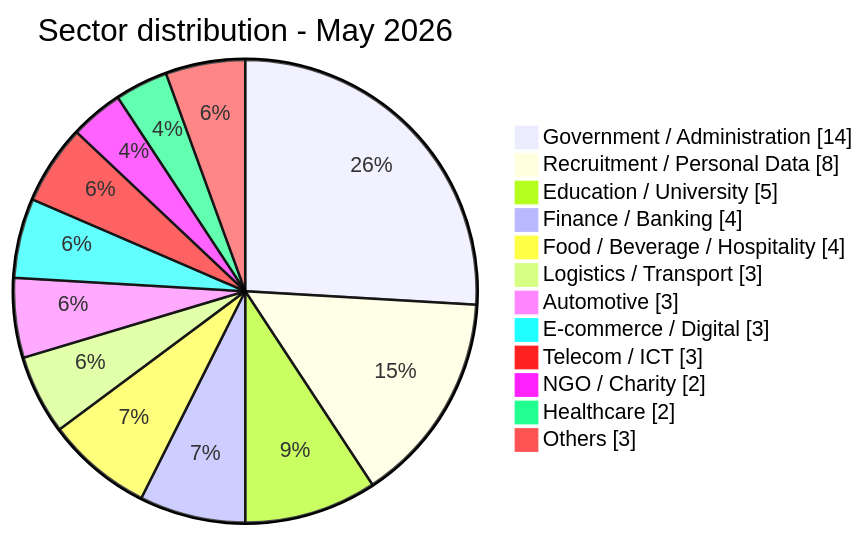
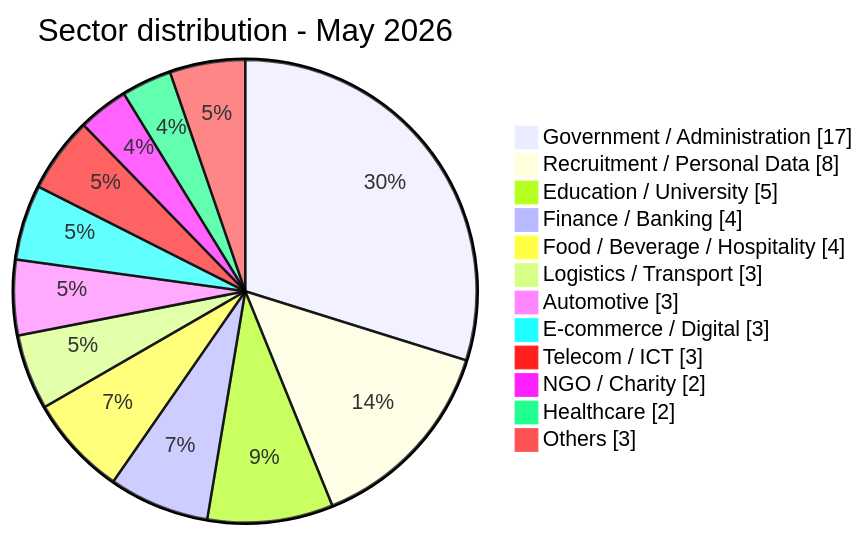
Before and after one commit to Hatchepsoute/AFRINTEL: the third of 4 diagrams in CyberAttackAfrica/2026/05-may/README.md, drawn with Mermaid. The commit also changed other lines of this file and 28 other files, not shown here.

````diff
--- a/CyberAttackAfrica/2026/05-may/README.md
+++ b/CyberAttackAfrica/2026/05-may/README.md
@@ -178,16 +182,16 @@
 ```mermaid
 pie showData
  title Sector distribution - May 2026
- "Government / Administration" : 14
+ "Government / Administration" : 17
  "Recruitment / Personal Data" : 8
  "Education / University" : 5
  "Finance / Banking" : 4
  "Food / Beverage / Hospitality" : 4
  "Logistics / Transport" : 3
  "Automotive" : 3
  "E-commerce / Digital" : 3
  "Telecom / ICT" : 3
  "NGO / Charity" : 2
  "Healthcare" : 2
  "Others" : 3
 ```
````
